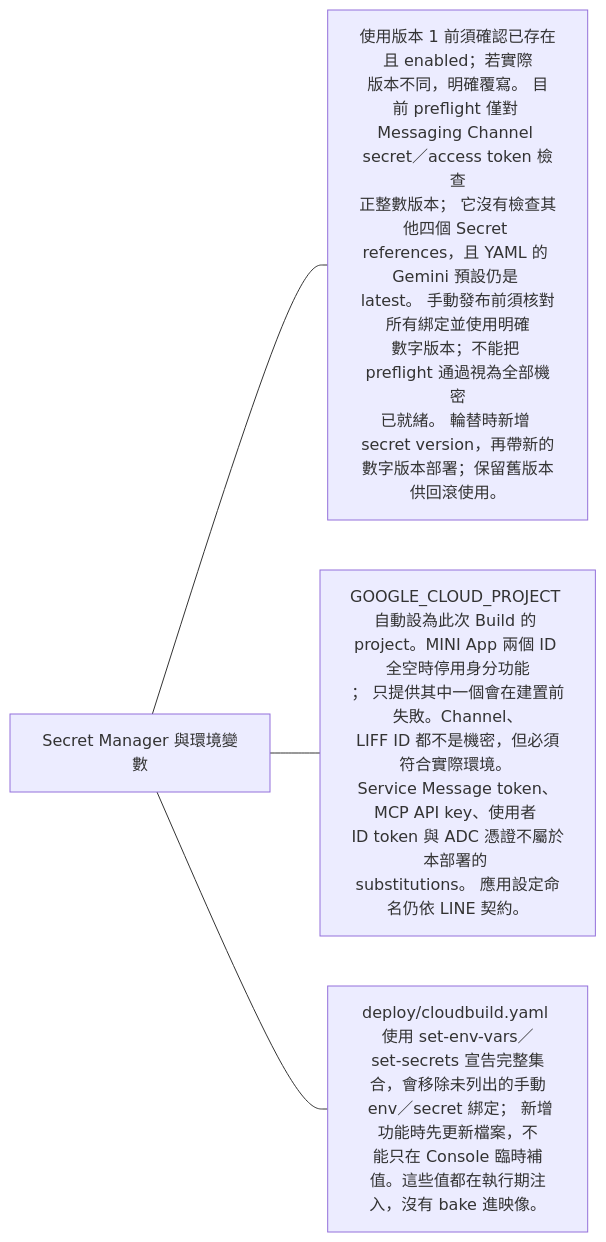
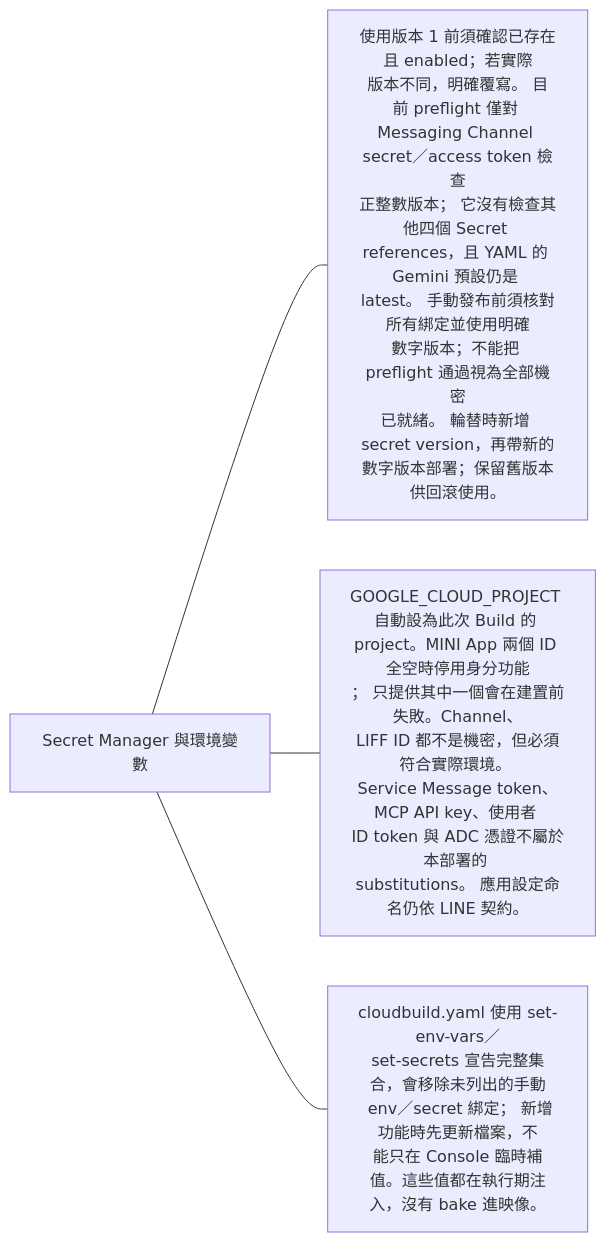
Before and after one commit to 963sup/line-mini-app-bot: the fifth of 5 diagrams in docs/operations/configuration.md, drawn with Mermaid. The commit also changed other lines of this file and 22 other files, not shown here.

````diff
--- a/docs/operations/configuration.md
+++ b/docs/operations/configuration.md
@@ -45,8 +47,8 @@
 ```mermaid
 flowchart LR
   h["Secret Manager 與環境變數"]
   h --- n0["使用版本 1 前須確認已存在且 enabled；若實際<br/>版本不同，明確覆寫。 目前 preflight 僅對 <br/>Messaging Channel secret／access token 檢查<br/>正整數版本； 它沒有檢查其他四個 Secret <br/>references，且 YAML 的 Gemini 預設仍是 <br/>latest。 手動發布前須核對所有綁定並使用明確<br/>數字版本；不能把 preflight 通過視為全部機密<br/>已就緒。 輪替時新增 secret version，再帶新的<br/>數字版本部署；保留舊版本供回滾使用。"]
   h --- n1["GOOGLE_CLOUD_PROJECT 自動設為此次 Build 的 <br/>project。MINI App 兩個 ID 全空時停用身分功能<br/>； 只提供其中一個會在建置前失敗。Channel、<br/>LIFF ID 都不是機密，但必須符合實際環境。 <br/>Service Message token、MCP API key、使用者 <br/>ID token 與 ADC 憑證不屬於本部署的 <br/>substitutions。 應用設定命名仍依 LINE 契約。"]
   click n1 "../integrations/line/configuration.md"
-  h --- n2["deploy/cloudbuild.yaml 使用 set-env-vars／<br/>set-secrets 宣告完整集合，會移除未列出的手動<br/> env／secret 綁定； 新增功能時先更新檔案，不<br/>能只在 Console 臨時補值。這些值都在執行期注<br/>入，沒有 bake 進映像。"]
+  h --- n2["cloudbuild.yaml 使用 set-env-vars／<br/>set-secrets 宣告完整集合，會移除未列出的手動<br/> env／secret 綁定； 新增功能時先更新檔案，不<br/>能只在 Console 臨時補值。這些值都在執行期注<br/>入，沒有 bake 進映像。"]
 ```
````
